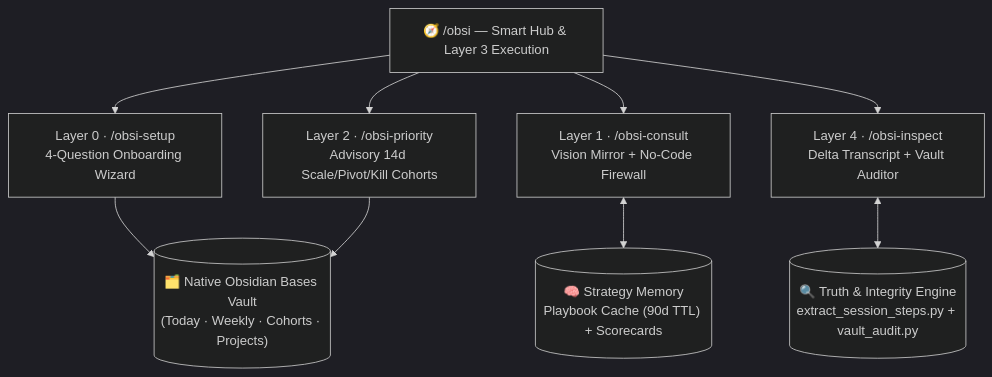
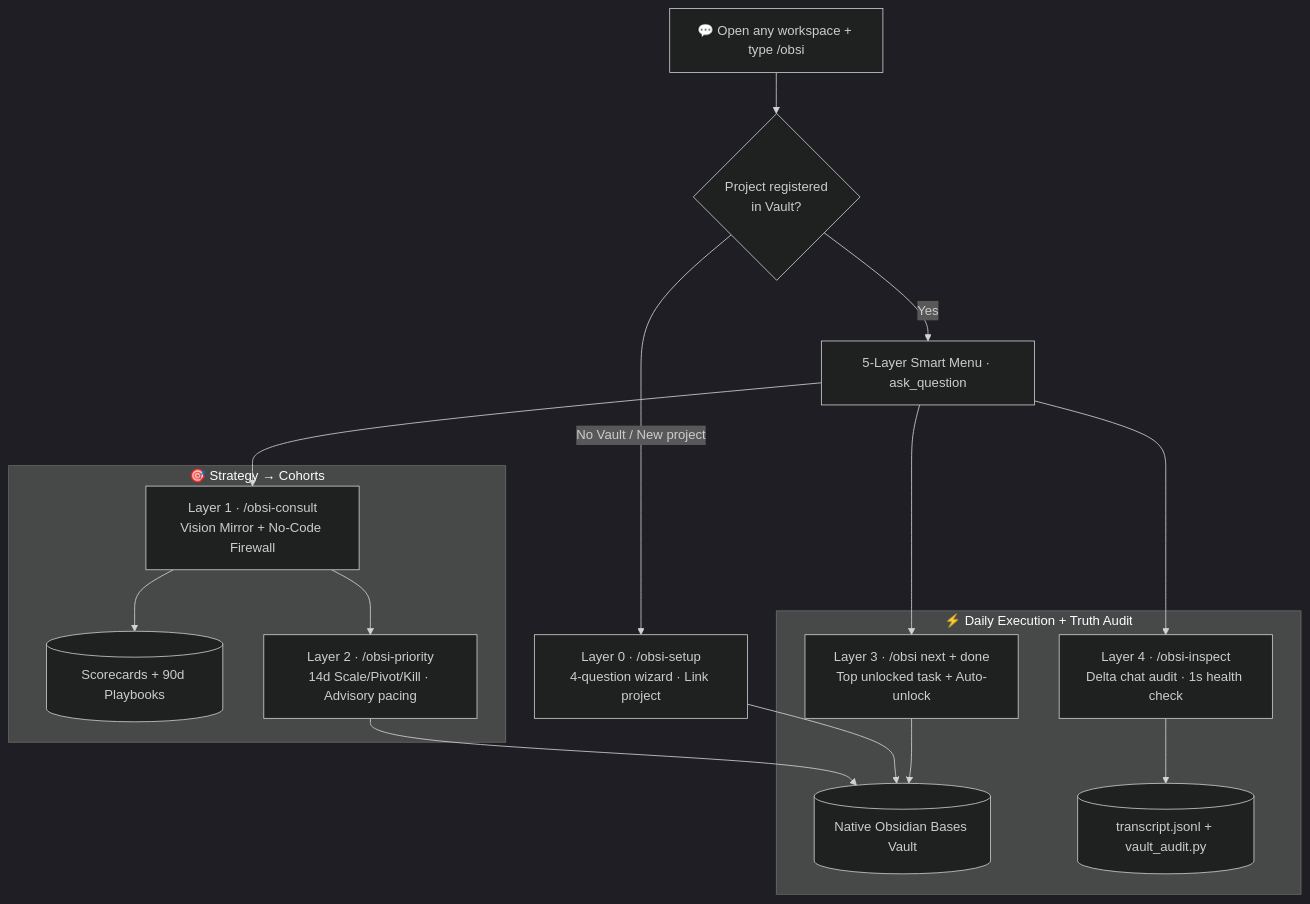
One commit to h6s8n/obsi-founder-compass changed the diagram in docs/assets/architecture.en.mmd. Above: the diagram before and after it, drawn with Mermaid (dark theme). The commit also changed 9 other files, not shown here.

Commit message:
docs: add prerequisites, one-line commands, Mermaid neo SVGs, contributing guide, and live donation tracker

```diff
--- a/docs/assets/architecture.en.mmd
+++ b/docs/assets/architecture.en.mmd
@@ -1,12 +1,20 @@
 flowchart TD
-    HUB["🧭 /obsi — Smart Hub &amp; Layer 3 Execution"]
+    U["💬 Open any workspace + type /obsi"] --> R{"Project registered<br/>in Vault?"}
+    R -- "No Vault / New project" --> L0["Layer 0 · /obsi-setup<br/>4-question wizard · Link project"]
+    R -- "Yes" --> M["5-Layer Smart Menu · ask_question"]
 
-    HUB --> L0["Layer 0 · /obsi-setup<br/>4-Question Onboarding Wizard"]
-    HUB --> L1["Layer 1 · /obsi-consult<br/>Vision Mirror + No-Code Firewall"]
-    HUB --> L2["Layer 2 · /obsi-priority<br/>Advisory 14d Scale/Pivot/Kill Cohorts"]
-    HUB --> L4["Layer 4 · /obsi-inspect<br/>Delta Transcript + Vault Auditor"]
+    subgraph Strategy["🎯 Strategy → Cohorts"]
+        L1["Layer 1 · /obsi-consult<br/>Vision Mirror + No-Code Firewall"] --> SC[("Scorecards + 90d Playbooks")]
+        L1 --> L2["Layer 2 · /obsi-priority<br/>14d Scale/Pivot/Kill · Advisory pacing"]
+    end
 
-    L0 --> VAULT[("🗂️ Native Obsidian Bases Vault<br/>(Today · Weekly · Cohorts · Projects)")]
-    L2 --> VAULT
-    L1 <--> MEM[("🧠 Strategy Memory<br/>Playbook Cache (90d TTL) + Scorecards")]
-    L4 <--> TRUTH[("🔍 Truth &amp; Integrity Engine<br/>extract_session_steps.py + vault_audit.py")]
+    subgraph Daily["⚡ Daily Execution + Truth Audit"]
+        L3["Layer 3 · /obsi next + done<br/>Top unlocked task + Auto-unlock"] --> V[("Native Obsidian Bases Vault")]
+        L4["Layer 4 · /obsi-inspect<br/>Delta chat audit · 1s health check"] --> TR[("transcript.jsonl + vault_audit.py")]
+    end
+
+    M --> L1
+    M --> L3
+    M --> L4
+    L0 --> V
+    L2 --> V
```
